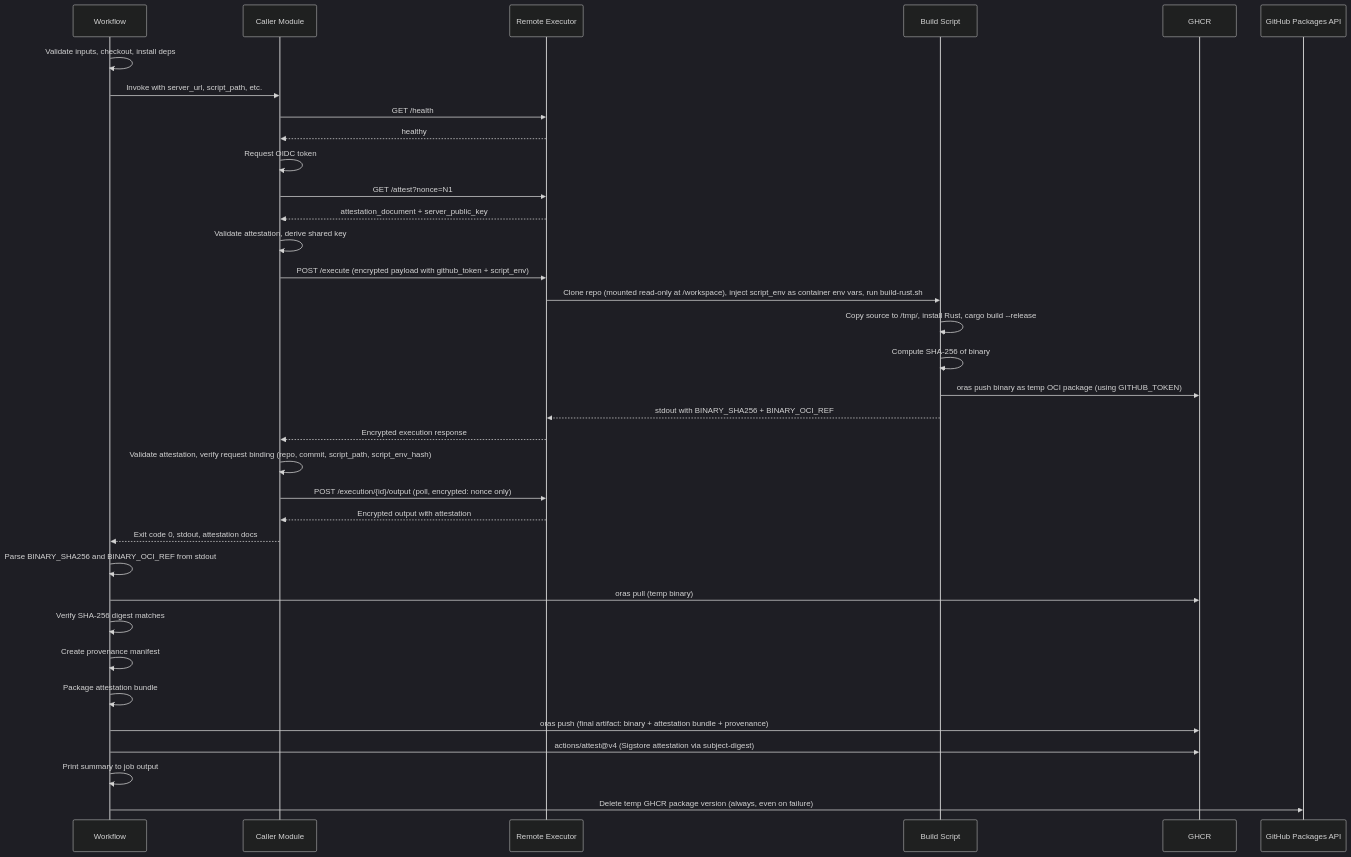
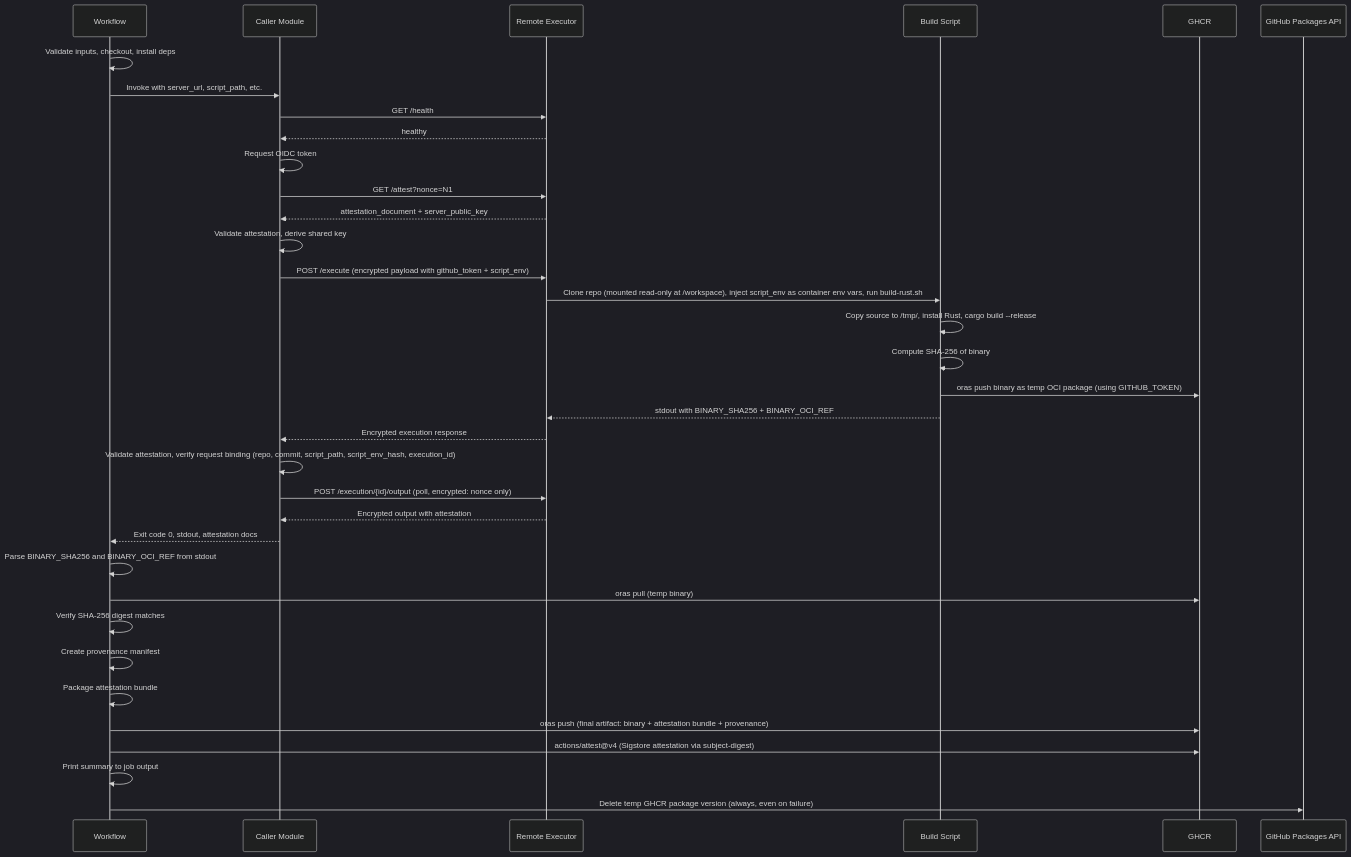
Before and after one commit to richardfan1126/github-runner-ec2-attestation-rust-build-demo: the second of 2 diagrams in .kiro/specs/rust-attestated-build/design.md, drawn with Mermaid (dark theme). The commit also changed other lines of this file and 2 other files, not shown here.

````diff
--- a/.kiro/specs/rust-attestated-build/design.md
+++ b/.kiro/specs/rust-attestated-build/design.md
@@ -69,38 +69,38 @@
 ```mermaid
 sequenceDiagram
     participant WF as Workflow
     participant CALLER as Caller Module
     participant RE as Remote Executor
     participant BS as Build Script
     participant GHCR as GHCR
     participant GH_API as GitHub Packages API
 
     WF->>WF: Validate inputs, checkout, install deps
     WF->>CALLER: Invoke with server_url, script_path, etc.
     CALLER->>RE: GET /health
     RE-->>CALLER: healthy
     CALLER->>CALLER: Request OIDC token
     CALLER->>RE: GET /attest?nonce=N1
     RE-->>CALLER: attestation_document + server_public_key
     CALLER->>CALLER: Validate attestation, derive shared key
     CALLER->>RE: POST /execute (encrypted payload with github_token + script_env)
     RE->>BS: Clone repo (mounted read-only at /workspace), inject script_env as container env vars, run build-rust.sh
     BS->>BS: Copy source to /tmp/, install Rust, cargo build --release
     BS->>BS: Compute SHA-256 of binary
     BS->>GHCR: oras push binary as temp OCI package (using GITHUB_TOKEN)
     BS-->>RE: stdout with BINARY_SHA256 + BINARY_OCI_REF
     RE-->>CALLER: Encrypted execution response
-    CALLER->>CALLER: Validate attestation, verify request binding (repo, commit, script_path, script_env_hash)
+    CALLER->>CALLER: Validate attestation, verify request binding (repo, commit, script_path, script_env_hash, execution_id)
     CALLER->>RE: POST /execution/{id}/output (poll, encrypted: nonce only)
     RE-->>CALLER: Encrypted output with attestation
     CALLER-->>WF: Exit code 0, stdout, attestation docs
     WF->>WF: Parse BINARY_SHA256 and BINARY_OCI_REF from stdout
     WF->>GHCR: oras pull (temp binary)
     WF->>WF: Verify SHA-256 digest matches
     WF->>WF: Create provenance manifest
     WF->>WF: Package attestation bundle
     WF->>GHCR: oras push (final artifact: binary + attestation bundle + provenance)
     WF->>GHCR: actions/attest@v4 (Sigstore attestation via subject-digest)
     WF->>WF: Print summary to job output
     WF->>GH_API: Delete temp GHCR package version (always, even on failure)
 ```
````
